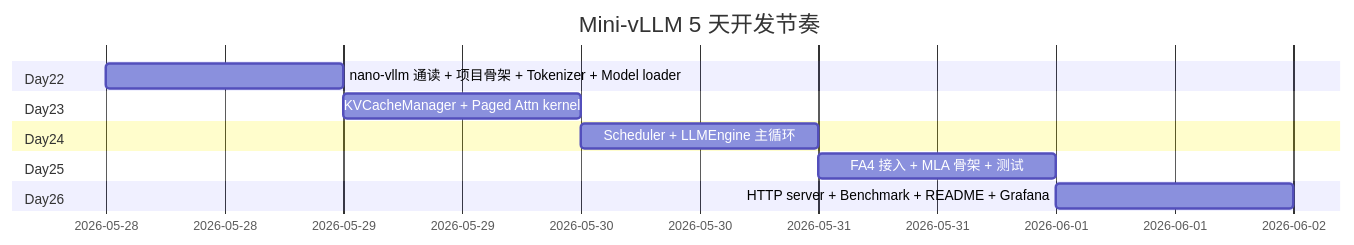
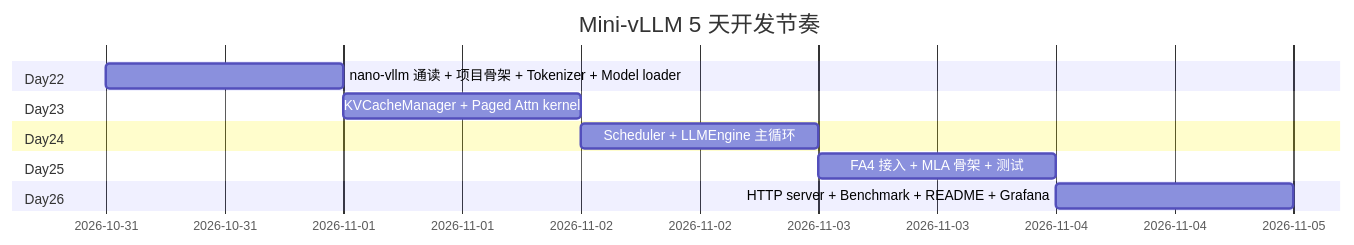
One commit to Xuefei-Zhang/llm-infer-journey changed the third of 4 diagrams in 06-mini-vllm-design.md. Above: the diagram before and after it, drawn with Mermaid. The commit also changed other lines of this file and 13 other files, not shown here.

````diff
--- a/06-mini-vllm-design.md
+++ b/06-mini-vllm-design.md
@@ -484,15 +484,15 @@
 ```mermaid
 gantt
     title Mini-vLLM 5 天开发节奏
     dateFormat YYYY-MM-DD
     section Day22
-    nano-vllm 通读 + 项目骨架 + Tokenizer + Model loader :2026-05-28, 1d
+    nano-vllm 通读 + 项目骨架 + Tokenizer + Model loader :2026-10-31, 1d
     section Day23
-    KVCacheManager + Paged Attn kernel   :2026-05-29, 1d
+    KVCacheManager + Paged Attn kernel   :2026-11-01, 1d
     section Day24
-    Scheduler + LLMEngine 主循环          :2026-05-30, 1d
+    Scheduler + LLMEngine 主循环          :2026-11-02, 1d
     section Day25
-    FA4 接入 + MLA 骨架 + 测试           :2026-05-31, 1d
+    FA4 接入 + MLA 骨架 + 测试           :2026-11-03, 1d
     section Day26
-    HTTP server + Benchmark + README + Grafana :2026-06-01, 1d
+    HTTP server + Benchmark + README + Grafana :2026-11-04, 1d
 ```
````
